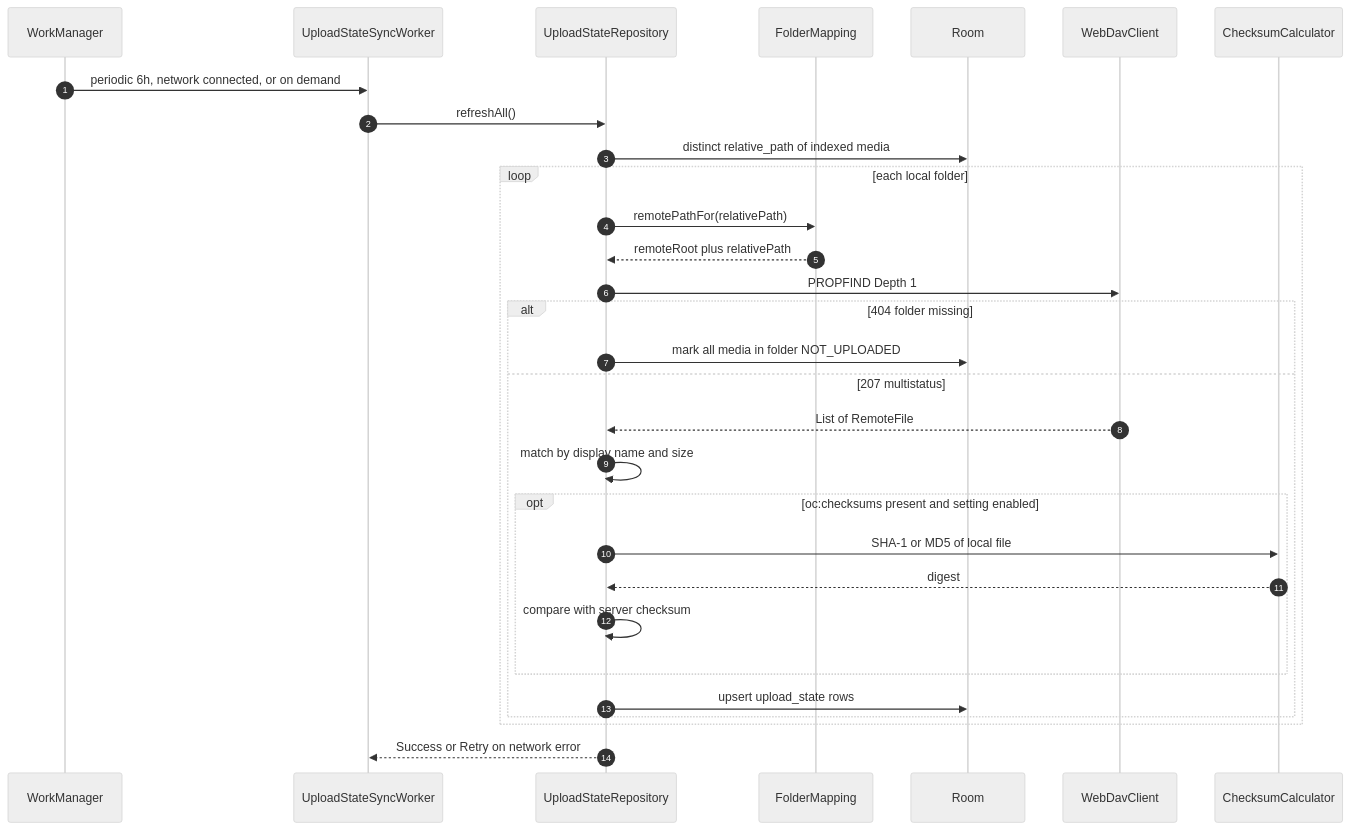
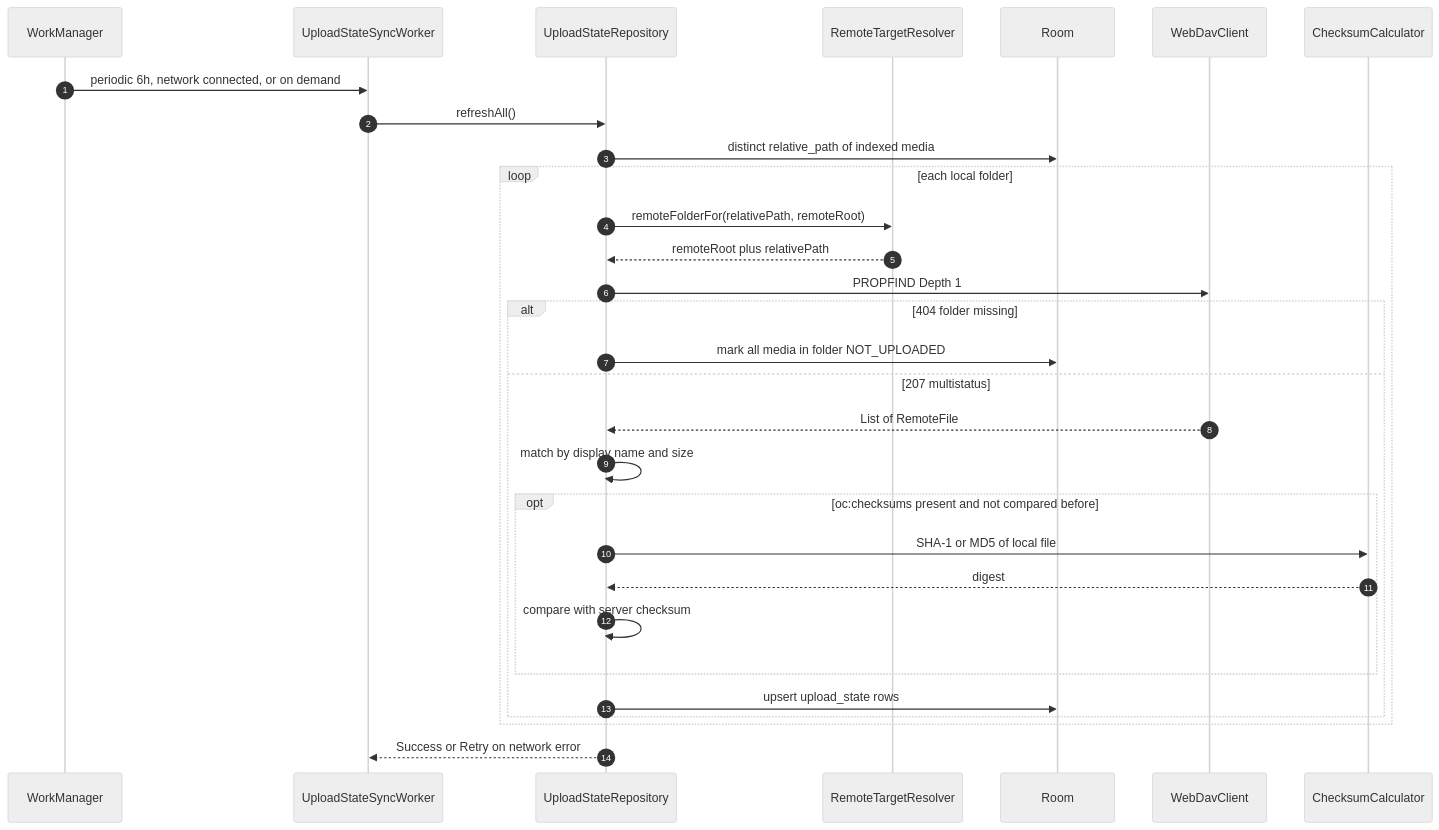
The tenth of 12 diagrams in docs/ARCHITECTURE.md (drehtuer/NextGalleryApp), drawn with Mermaid (neutral theme) before and after one commit. The commit also changed other lines of this file and 89 other files, not shown here.

````diff
--- a/docs/ARCHITECTURE.md
+++ b/docs/ARCHITECTURE.md
@@ -742,33 +746,33 @@
 ```mermaid
 sequenceDiagram
     autonumber
     participant WM as WorkManager
     participant W as UploadStateSyncWorker
     participant Repo as UploadStateRepository
-    participant Map as FolderMapping
+    participant Map as RemoteTargetResolver
     participant DB as Room
     participant Dav as WebDavClient
     participant CK as ChecksumCalculator
 
     WM->>W: periodic 6h, network connected, or on demand
     W->>Repo: refreshAll()
     Repo->>DB: distinct relative_path of indexed media
     loop each local folder
-        Repo->>Map: remotePathFor(relativePath)
+        Repo->>Map: remoteFolderFor(relativePath, remoteRoot)
         Map-->>Repo: remoteRoot plus relativePath
         Repo->>Dav: PROPFIND Depth 1
         alt 404 folder missing
             Repo->>DB: mark all media in folder NOT_UPLOADED
         else 207 multistatus
             Dav-->>Repo: List of RemoteFile
             Repo->>Repo: match by display name and size
-            opt oc:checksums present and setting enabled
+            opt oc:checksums present and not compared before
                 Repo->>CK: SHA-1 or MD5 of local file
                 CK-->>Repo: digest
                 Repo->>Repo: compare with server checksum
             end
             Repo->>DB: upsert upload_state rows
         end
     end
     Repo-->>W: Success or Retry on network error
 ```
````
